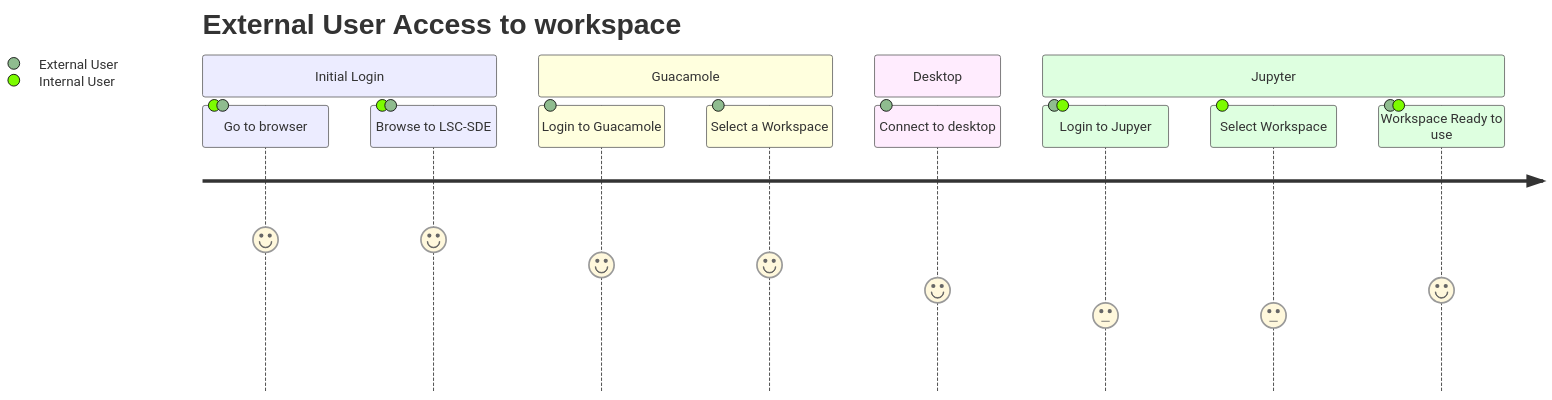
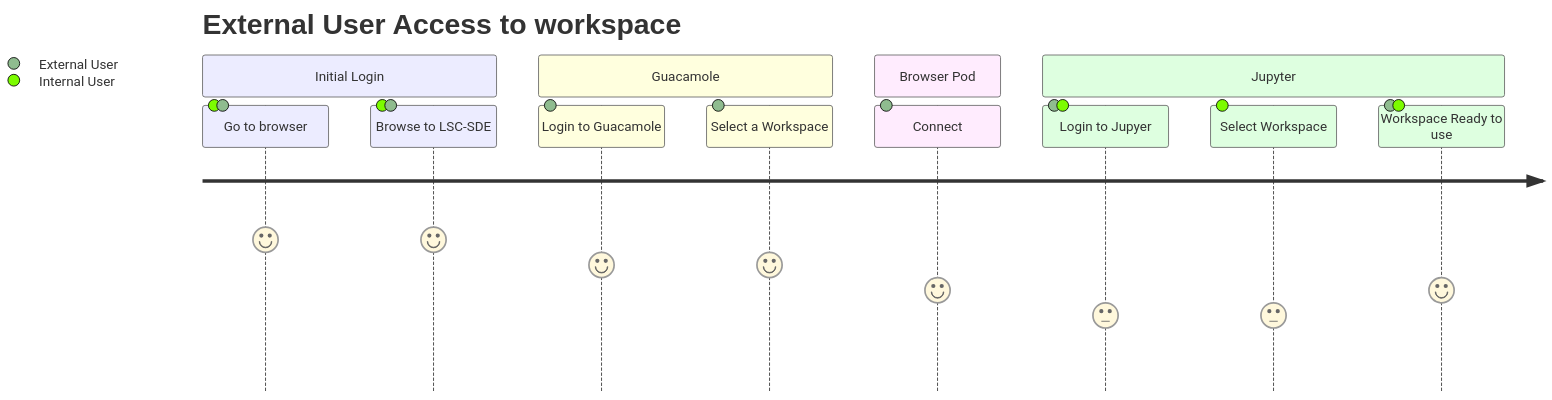
Before and after one commit to lsc-sde/lsc-sde: the first of 3 diagrams in about/Secure-Data-Environment/External-Access-5.md, drawn with Mermaid. The commit also changed other lines of this file and 1 other file, not shown here.

````diff
--- a/about/Secure-Data-Environment/External-Access-5.md
+++ b/about/Secure-Data-Environment/External-Access-5.md
@@ -14,16 +14,16 @@
 ```mermaid
 journey
     title External User Access to workspace
         section Initial Login
             Go to browser: 6: Internal User, External User
             Browse to LSC-SDE: 6: Internal User, External User
         section Guacamole
             Login to Guacamole: 5: External User
             Select a Workspace: 5: External User
-        section Desktop
-            Connect to desktop: 4: External User
+        section Browser Pod
+            Connect: 4: External User
         section Jupyter
             Login to Jupyer: 3: External User, Internal User
             Select Workspace: 3: Internal User
             Workspace Ready to use: 4: External User, Internal User
 ```
````
